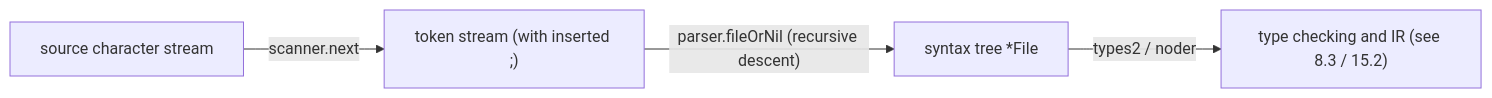
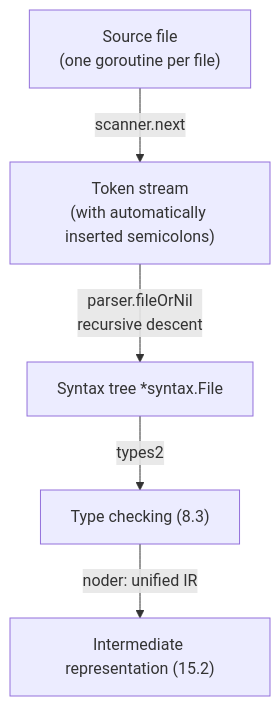
Before and after one commit to golang-design/under-the-hood: the diagram in book/en-us/part5toolchain/ch15compile/parse.md, drawn with Mermaid. The commit also changed other lines of this file and 21 other files, not shown here.

````diff
--- a/book/en-us/part5toolchain/ch15compile/parse.md
+++ b/book/en-us/part5toolchain/ch15compile/parse.md
@@ -184,6 +27,7 @@
 ```mermaid
-flowchart LR
-    SRC["source character stream"] -->|scanner.next| TOK["token stream (with inserted ;)"]
-    TOK -->|"parser.fileOrNil (recursive descent)"| AST["syntax tree *File"]
-    AST -->|"types2 / noder"| NEXT["type checking and IR (see 8.3 / 15.2)"]
+flowchart TD
+    SRC["Source file<br/>(one goroutine per file)"] -->|"scanner.next"| TOK["Token stream<br/>(with automatically inserted semicolons)"]
+    TOK -->|"parser.fileOrNil<br/>recursive descent"| AST["Syntax tree *syntax.File"]
+    AST -->|"types2"| TC["Type checking (8.3)"]
+    TC -->|"noder: unified IR"| IR["Intermediate representation (15.2)"]
 ```
````
